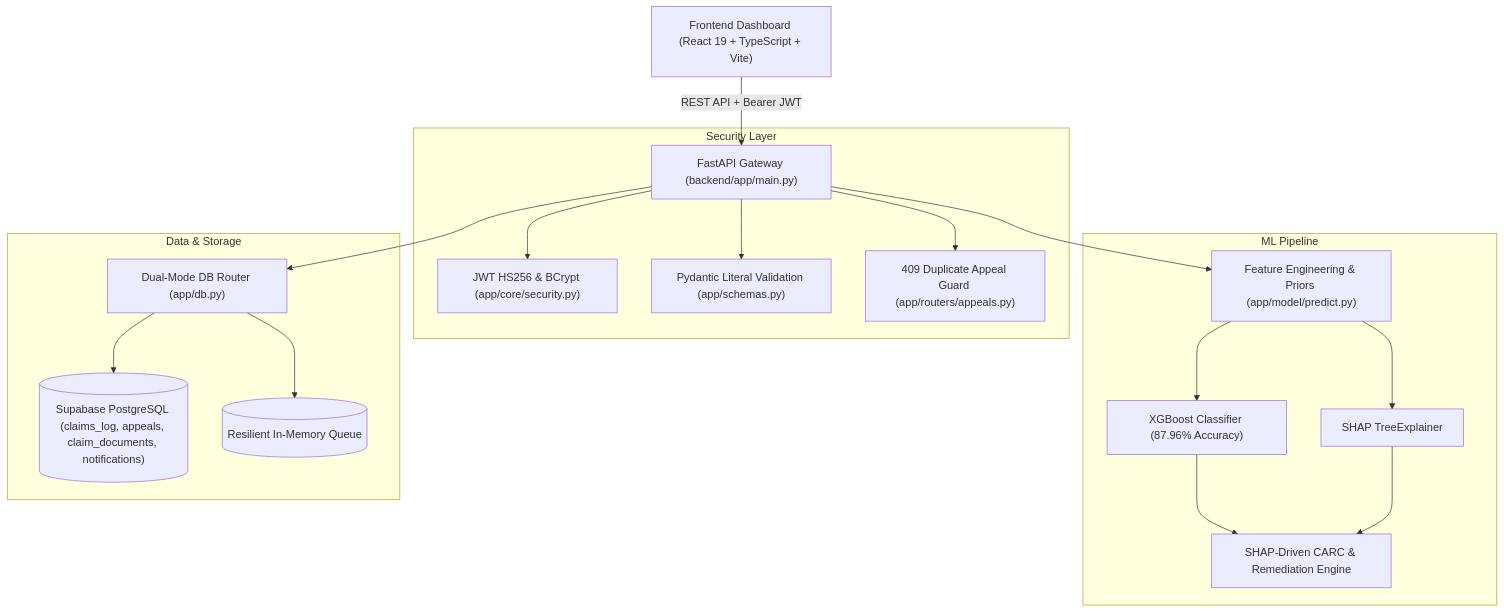
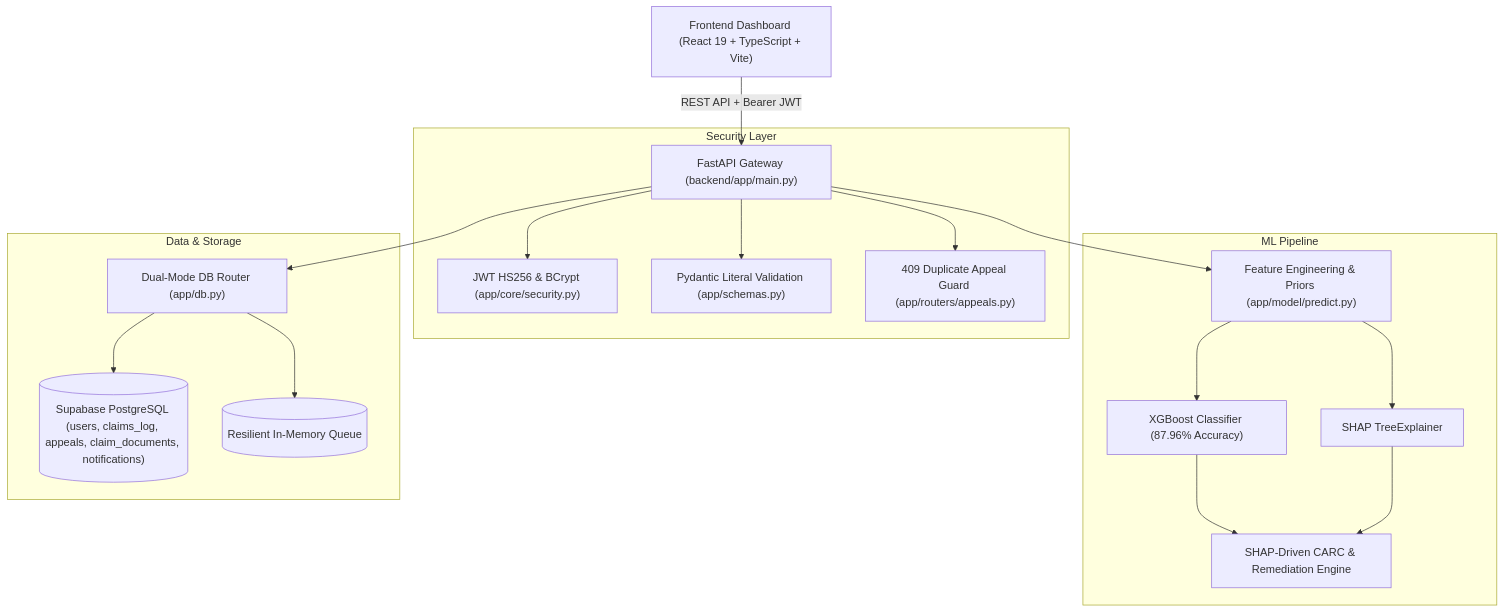
Before and after one commit to NARENDRAN-2007/CVK: the diagram in README.md, drawn with Mermaid. The commit also changed other lines of this file and 10 other files, not shown here.

````diff
--- a/README.md
+++ b/README.md
@@ -24,24 +24,24 @@
 ```mermaid
 graph TD
     UI["Frontend Dashboard (React 19 + TypeScript + Vite)"] -->|REST API + Bearer JWT| API["FastAPI Gateway (backend/app/main.py)"]
     
     subgraph Security Layer
         API --> Auth["JWT HS256 & BCrypt (app/core/security.py)"]
         API --> Validation["Pydantic Literal Validation (app/schemas.py)"]
         API --> AppealGuard["409 Duplicate Appeal Guard (app/routers/appeals.py)"]
     end
 
     subgraph ML Pipeline
         API --> FeatureEng["Feature Engineering & Priors (app/model/predict.py)"]
         FeatureEng --> XGBoost["XGBoost Classifier (87.96% Accuracy)"]
         FeatureEng --> SHAP["SHAP TreeExplainer"]
         XGBoost --> CARCEngine["SHAP-Driven CARC & Remediation Engine"]
         SHAP --> CARCEngine
     end
 
     subgraph Data & Storage
         API --> DBRouter["Dual-Mode DB Router (app/db.py)"]
-        DBRouter --> Supabase[("Supabase PostgreSQL (claims_log, appeals, claim_documents, notifications)")]
+        DBRouter --> Supabase[("Supabase PostgreSQL (users, claims_log, appeals, claim_documents, notifications)")]
         DBRouter --> MemoryQueue[("Resilient In-Memory Queue")]
     end
 ```
````
